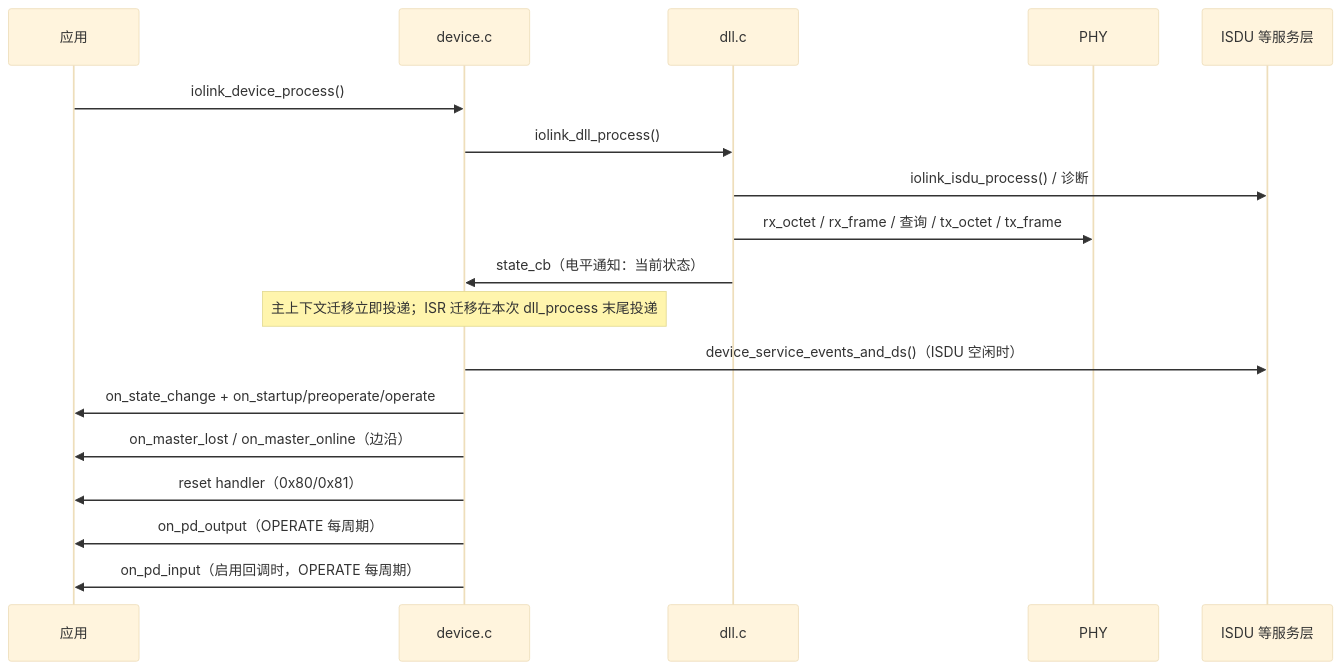
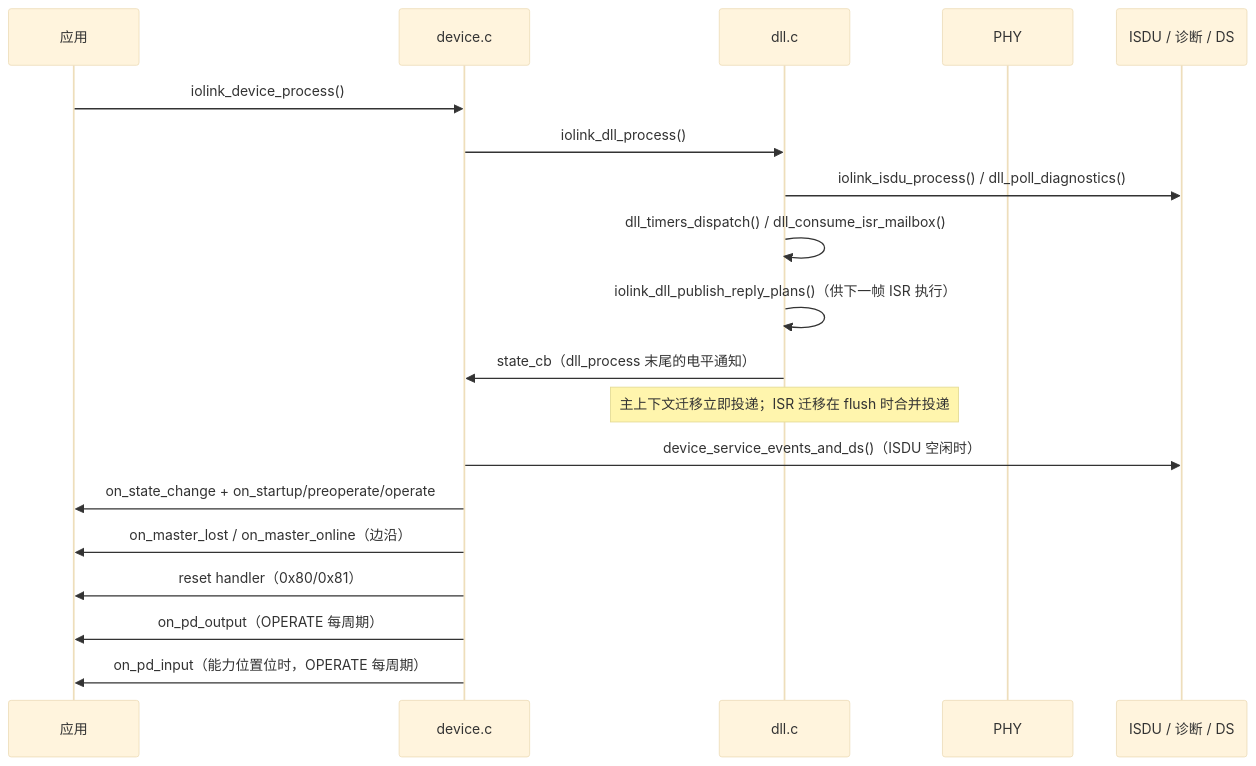
Diagram 14 of 16 in docs/CODE_FLOW.md (Adlyq/iolinki), drawn with Mermaid (base theme) before and after one commit. The commit also changed other lines of this file and 7 other files, not shown here.

First line of the commit message:
docs: sync the API, architecture and flow docs with the post-CR code

````diff
--- a/docs/CODE_FLOW.md
+++ b/docs/CODE_FLOW.md
@@ -669,21 +753,22 @@
 ```mermaid
 sequenceDiagram
     participant APP as 应用
     participant DEV as device.c
     participant DLL as dll.c
     participant PHY as PHY
-    participant SVC as ISDU 等服务层
+    participant SVC as ISDU / 诊断 / DS
 
     APP->>DEV: iolink_device_process()
     DEV->>DLL: iolink_dll_process()
-    DLL->>SVC: iolink_isdu_process() / 诊断
-    DLL->>PHY: rx_octet / rx_frame / 查询 / tx_octet / tx_frame
-    DLL->>DEV: state_cb（电平通知：当前状态）
-    Note over DEV: 主上下文迁移立即投递；ISR 迁移在本次 dll_process 末尾投递
+    DLL->>SVC: iolink_isdu_process() / dll_poll_diagnostics()
+    DLL->>DLL: dll_timers_dispatch() / dll_consume_isr_mailbox()
+    DLL->>DLL: iolink_dll_publish_reply_plans()（供下一帧 ISR 执行）
+    DLL->>DEV: state_cb（dll_process 末尾的电平通知）
+    Note over DLL: 主上下文迁移立即投递；ISR 迁移在 flush 时合并投递
     DEV->>SVC: device_service_events_and_ds()（ISDU 空闲时）
     DEV->>APP: on_state_change + on_startup/preoperate/operate
     DEV->>APP: on_master_lost / on_master_online（边沿）
     DEV->>APP: reset handler（0x80/0x81）
     DEV->>APP: on_pd_output（OPERATE 每周期）
-    DEV->>APP: on_pd_input（启用回调时，OPERATE 每周期）
+    DEV->>APP: on_pd_input（能力位置位时，OPERATE 每周期）
 ```
````
